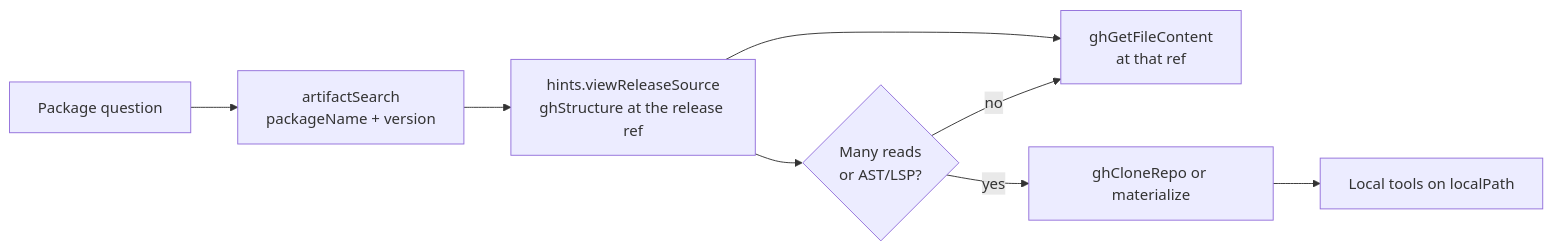
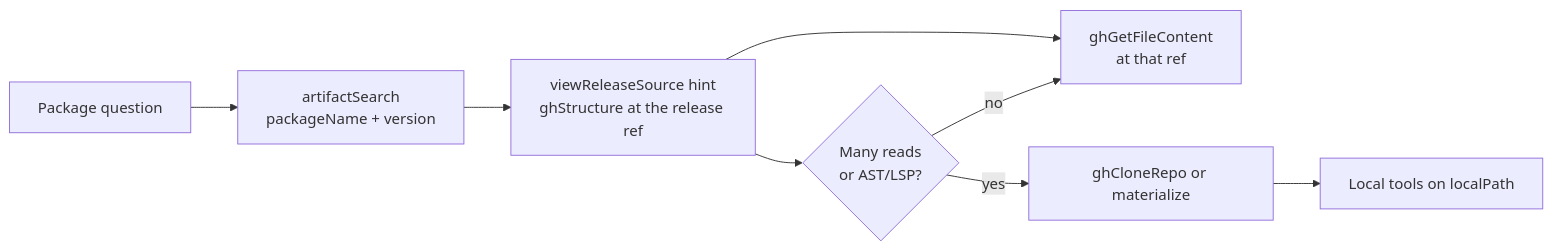
One commit to bgauryy/octocode-mcp changed the fifth of 8 diagrams in docs/OCTOCODE_WORKFLOWS.md. Above: the diagram before and after it, drawn with Mermaid. The commit also changed other lines of this file and 523 other files, not shown here.

````diff
--- a/docs/OCTOCODE_WORKFLOWS.md
+++ b/docs/OCTOCODE_WORKFLOWS.md
@@ -177,10 +177,10 @@
 ```mermaid
 flowchart LR
   Q[Package question] --> A[artifactSearch<br/>packageName + version]
-  A --> V[hints.viewReleaseSource<br/>ghStructure at the release ref]
+  A --> V[viewReleaseSource hint<br/>ghStructure at the release ref]
   V --> G[ghGetFileContent<br/>at that ref]
   V --> M{Many reads<br/>or AST/LSP?}
   M -- yes --> C[ghCloneRepo or materialize]
   C --> L[Local tools on localPath]
   M -- no --> G
 ```
````
